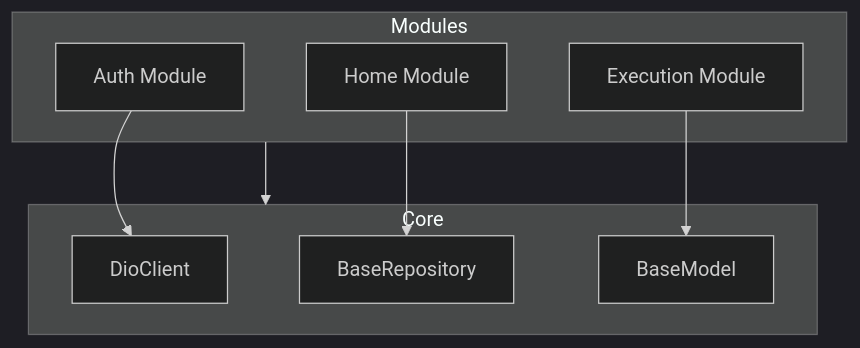
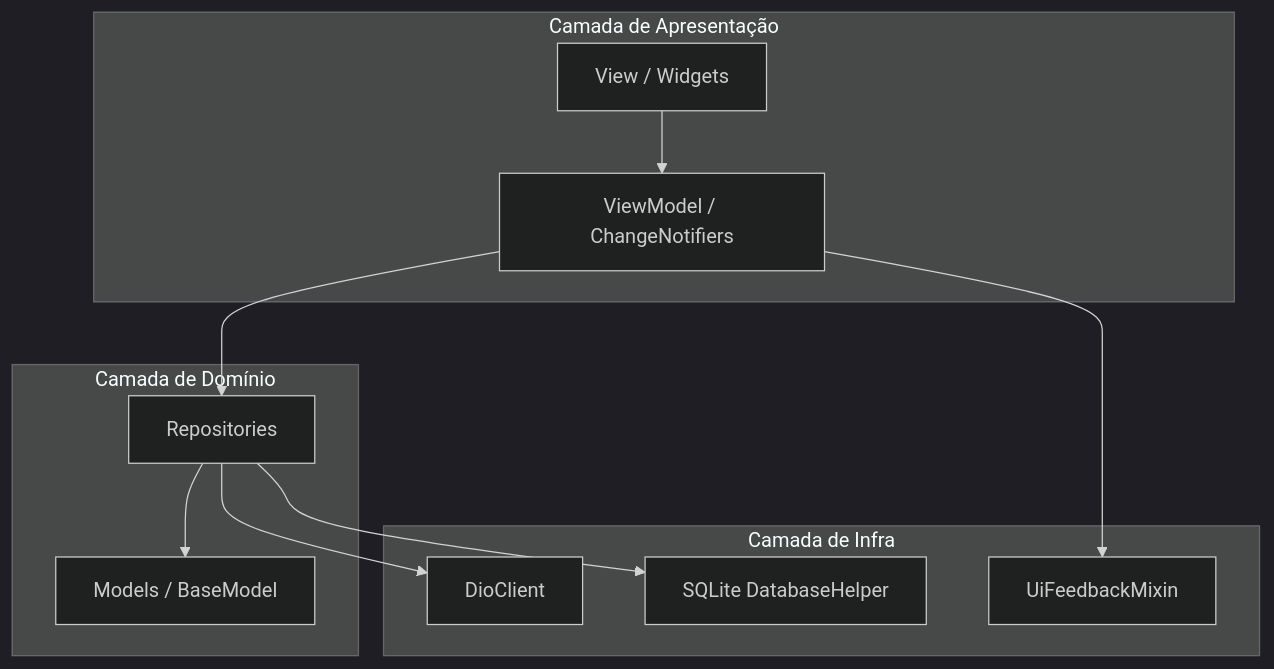
One commit to Diegonunes7/ads5-20261-serviceflow changed the second of 3 diagrams in README.md. Above: the diagram before and after it, drawn with Mermaid (dark theme). The commit also changed other lines of this file, not shown here.

First line of the commit message:
Revise class and component diagrams in README

````diff
--- a/README.md
+++ b/README.md
@@ -137,19 +152,25 @@
 ```mermaid
 graph TD
-    subgraph Core
-        DioClient[DioClient]
-        BaseRepository[BaseRepository]
-        BaseModel[BaseModel]
+    subgraph UI_Layer [Camada de Apresentação]
+        View[View / Widgets]
+        VM[ViewModel / ChangeNotifiers]
     end
-    
-    subgraph Modules
-        Auth[Auth Module]
-        Home[Home Module]
-        Execution[Execution Module]
+
+    subgraph Domain_Layer [Camada de Domínio]
+        Repo[Repositories]
+        Models[Models / BaseModel]
     end
- 
-    Modules --> Core
-    Auth --> DioClient
-    Home --> BaseRepository
-    Execution --> BaseModel
+
+    subgraph Infrastructure_Layer [Camada de Infra]
+        DioC[DioClient]
+        SQL[SQLite DatabaseHelper]
+        Mixins[UiFeedbackMixin]
+    end
+
+    View --> VM
+    VM --> Repo
+    VM --> Mixins
+    Repo --> Models
+    Repo --> DioC
+    Repo --> SQL
 ```
````
